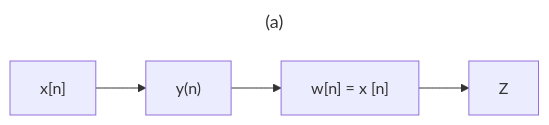
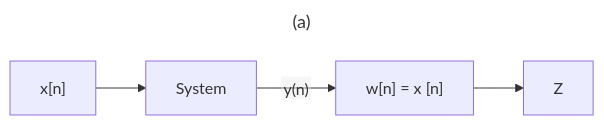
One commit to setrar/dsp changed the sixth of 6 diagrams in signal-processing/kutz/5/README.md. Above: the diagram before and after it, drawn with Mermaid. The commit also changed other lines of this file, not shown here.

````diff
--- a/signal-processing/kutz/5/README.md
+++ b/signal-processing/kutz/5/README.md
@@ -147,10 +147,10 @@
 ```mermaid
 ---
 title: (a)
 ---
 %%{init: {"flowchart": {"htmlLabels": false}} }%%
 flowchart LR
-    E["x[n]"] -->F[System]
-    F["y(n)"]-->G[Inverse system]
+    E["x[n]"] --> F[System]
+    F -->|"y(n)"| G[Inverse system]
     G["w[n] = x [n]"] --> Z
 ```
````
